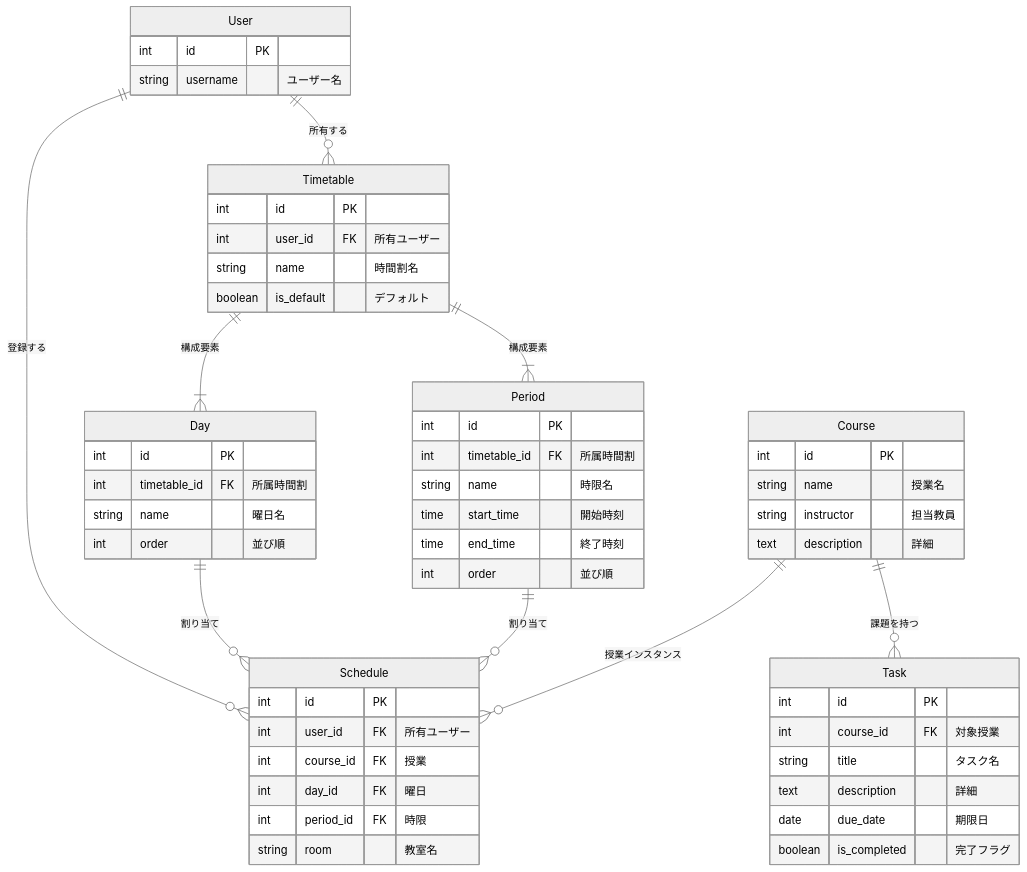
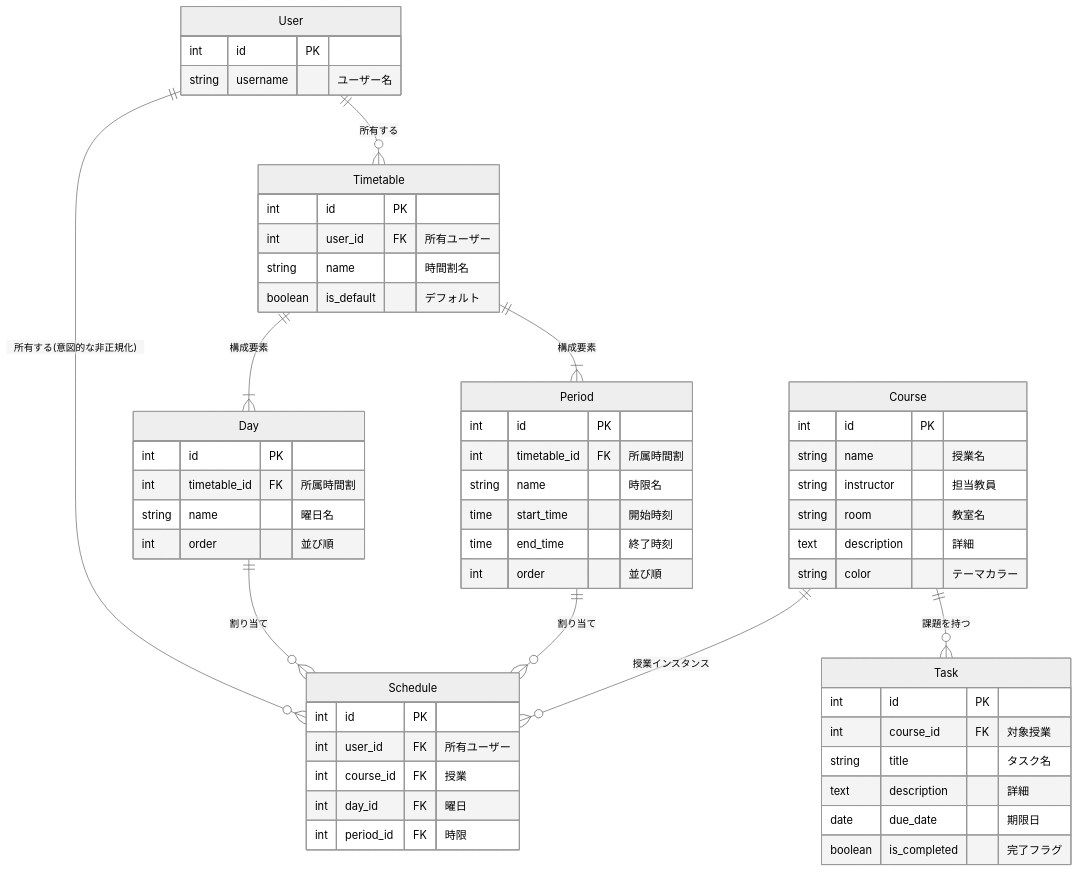
The second of 2 diagrams in README.md (Takahashi-kimchi/Bed-motto-muri-tettsuyas), drawn with Mermaid before and after one commit.

Commit message:
Update README with schedule relationship and attributes

````diff
--- a/README.md
+++ b/README.md
@@ -113,67 +113,68 @@
 ```mermaid
 %%{init: {'theme': 'neutral'} }%%
 erDiagram
     User ||--o{ Timetable : "所有する"
-    User ||--o{ Schedule : "登録する"
+    User ||--o{ Schedule : "所有する(意図的な非正規化)"
     Timetable ||--|{ Day : "構成要素"
     Timetable ||--|{ Period : "構成要素"
     
     Day ||--o{ Schedule : "割り当て"
     Period ||--o{ Schedule : "割り当て"
     
     Course ||--o{ Schedule : "授業インスタンス"
     Course ||--o{ Task : "課題を持つ"
 
     User {
         int id PK
         string username "ユーザー名"
     }
 
     Timetable {
         int id PK
         int user_id FK "所有ユーザー"
         string name "時間割名"
         boolean is_default "デフォルト"
     }
 
     Day {
         int id PK
         int timetable_id FK "所属時間割"
         string name "曜日名"
         int order "並び順"
     }
 
     Period {
         int id PK
         int timetable_id FK "所属時間割"
         string name "時限名"
         time start_time "開始時刻"
         time end_time "終了時刻"
         int order "並び順"
     }
 
     Course {
         int id PK
         string name "授業名"
         string instructor "担当教員"
+        string room "教室名"
         text description "詳細"
+        string color "テーマカラー"
     }
 
     Schedule {
         int id PK
         int user_id FK "所有ユーザー"
         int course_id FK "授業"
         int day_id FK "曜日"
         int period_id FK "時限"
-        string room "教室名"
     }
 
     Task {
         int id PK
         int course_id FK "対象授業"
         string title "タスク名"
         text description "詳細"
         date due_date "期限日"
         boolean is_completed "完了フラグ"
     }
 ```
````
